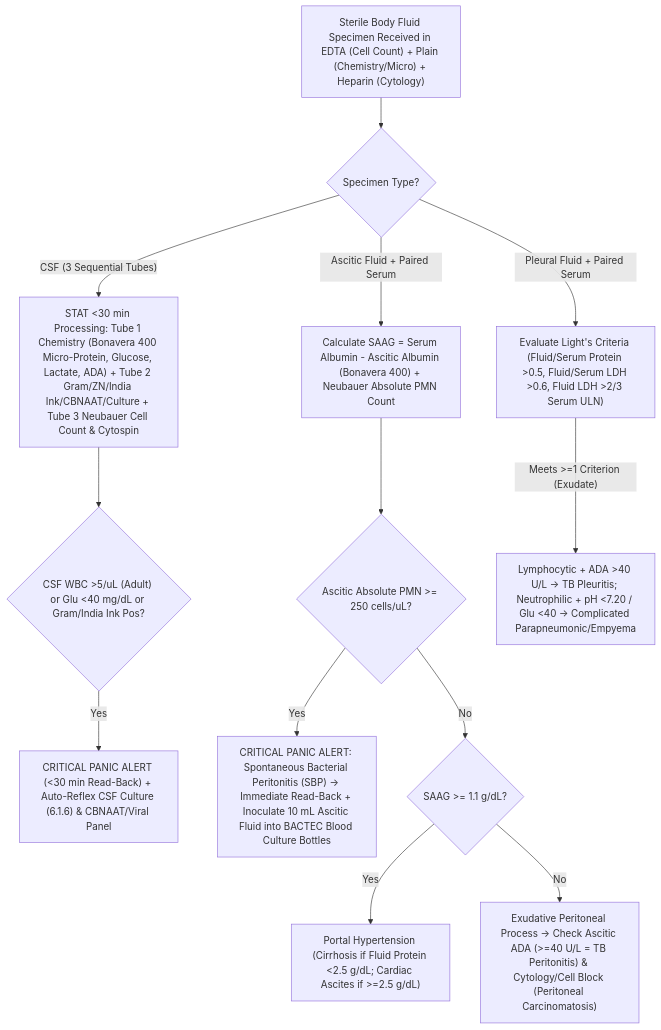
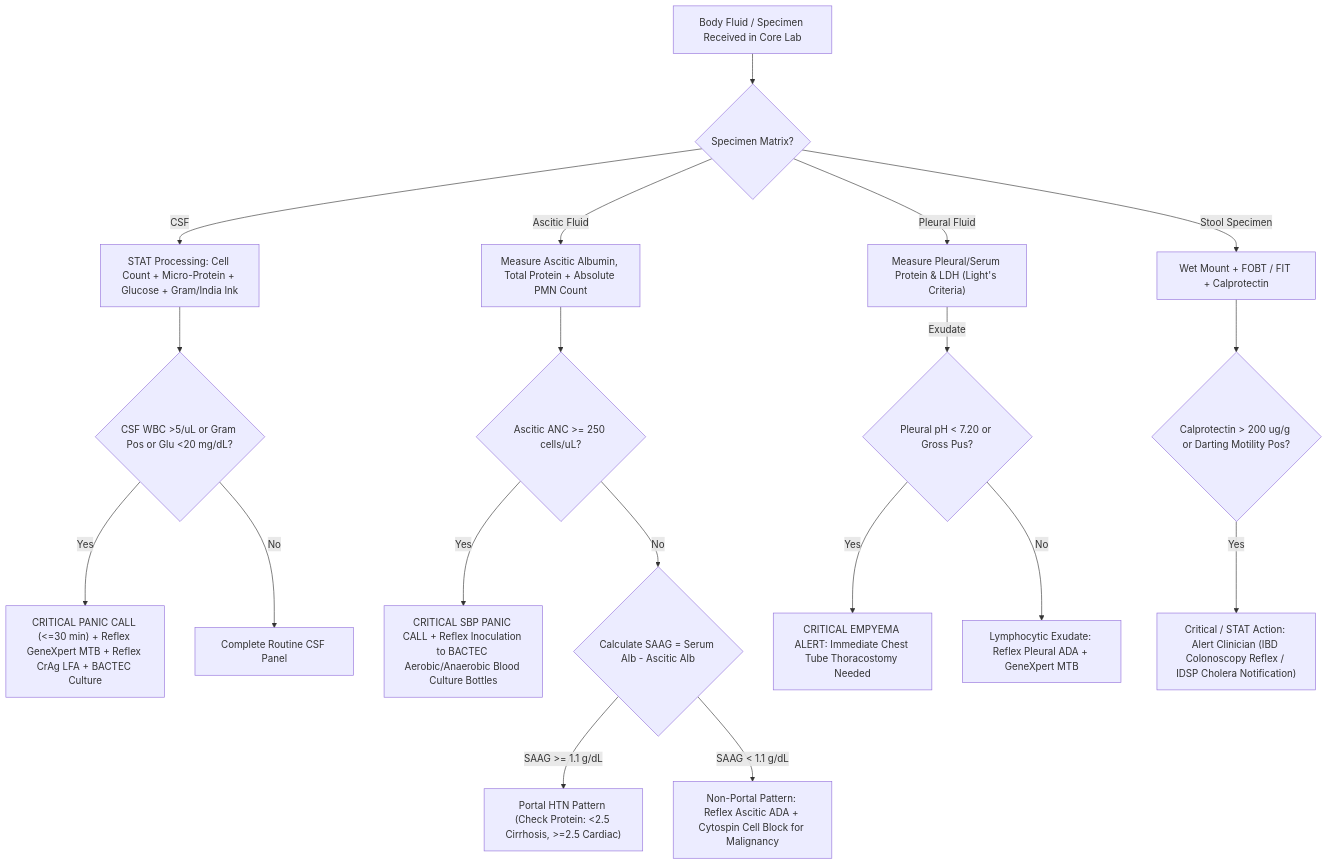
One commit to sawariyadiagnostic/references-and-interpretations changed the diagram in 05_Clinical_Pathology_and_Body_Fluids/5.2_Stool_Semen_and_Body_Fluid_Analysis_Cluster.md. Above: the diagram before and after it, drawn with Mermaid. The commit also changed other lines of this file and 4 other files, not shown here.

Commit message:
feat(clinical-pathology): red-team international & above-NABL upgrade of Batch 43 Bence Jones reflex, UPT hCG hook shield, Urinalysis Instruments Suite, Stool/Semen/Fluids Cluster, Stool Microscopy

````diff
--- a/05_Clinical_Pathology_and_Body_Fluids/5.2_Stool_Semen_and_Body_Fluid_Analysis_Cluster.md
+++ b/05_Clinical_Pathology_and_Body_Fluids/5.2_Stool_Semen_and_Body_Fluid_Analysis_Cluster.md
@@ -41,15 +290,21 @@
 ```mermaid
 flowchart TD
-    A["Sterile Body Fluid Specimen Received in EDTA (Cell Count) + Plain (Chemistry/Micro) + Heparin (Cytology)"] --> B{"Specimen Type?"}
-    B -- "CSF (3 Sequential Tubes)" --> C["STAT <30 min Processing: Tube 1 Chemistry (Bonavera 400 Micro-Protein, Glucose, Lactate, ADA) + Tube 2 Gram/ZN/India Ink/CBNAAT/Culture + Tube 3 Neubauer Cell Count & Cytospin"]
-    C --> D{"CSF WBC >5/uL (Adult) or Glu <40 mg/dL or Gram/India Ink Pos?"}
-    D -- Yes --> E["CRITICAL PANIC ALERT (<30 min Read-Back) + Auto-Reflex CSF Culture (6.1.6) & CBNAAT/Viral Panel"]
-    B -- "Ascitic Fluid + Paired Serum" --> F["Calculate SAAG = Serum Albumin - Ascitic Albumin (Bonavera 400) + Neubauer Absolute PMN Count"]
-    F --> G{"Ascitic Absolute PMN >= 250 cells/uL?"}
-    G -- Yes --> H["CRITICAL PANIC ALERT: Spontaneous Bacterial Peritonitis (SBP) -> Immediate Read-Back + Inoculate 10 mL Ascitic Fluid into BACTEC Blood Culture Bottles"]
-    G -- No --> I{"SAAG >= 1.1 g/dL?"}
-    I -- Yes --> J["Portal Hypertension (Cirrhosis if Fluid Protein <2.5 g/dL; Cardiac Ascites if >=2.5 g/dL)"]
-    I -- No --> K["Exudative Peritoneal Process -> Check Ascitic ADA (>=40 U/L = TB Peritonitis) & Cytology/Cell Block (Peritoneal Carcinomatosis)"]
-    B -- "Pleural Fluid + Paired Serum" --> L["Evaluate Light's Criteria (Fluid/Serum Protein >0.5, Fluid/Serum LDH >0.6, Fluid LDH >2/3 Serum ULN)"]
-    L -- "Meets >=1 Criterion (Exudate)" --> M["Lymphocytic + ADA >40 U/L -> TB Pleuritis; Neutrophilic + pH <7.20 / Glu <40 -> Complicated Parapneumonic/Empyema"]
+    A["Body Fluid / Specimen Received in Core Lab"] --> B{"Specimen Matrix?"}
+    B -- "CSF" --> C["STAT Processing: Cell Count + Micro-Protein + Glucose + Gram/India Ink"]
+    C --> D{"CSF WBC >5/uL or Gram Pos or Glu <20 mg/dL?"}
+    D -- Yes --> E["CRITICAL PANIC CALL (<=30 min) + Reflex GeneXpert MTB + Reflex CrAg LFA + BACTEC Culture"]
+    D -- No --> F["Complete Routine CSF Panel"]
+    B -- "Ascitic Fluid" --> G["Measure Ascitic Albumin, Total Protein + Absolute PMN Count"]
+    G --> H{"Ascitic ANC >= 250 cells/uL?"}
+    H -- Yes --> I["CRITICAL SBP PANIC CALL + Reflex Inoculation to BACTEC Aerobic/Anaerobic Blood Culture Bottles"]
+    H -- No --> J{"Calculate SAAG = Serum Alb - Ascitic Alb"}
+    J -- "SAAG >= 1.1 g/dL" --> K["Portal HTN Pattern (Check Protein: <2.5 Cirrhosis, >=2.5 Cardiac)"]
+    J -- "SAAG < 1.1 g/dL" --> L["Non-Portal Pattern: Reflex Ascitic ADA + Cytospin Cell Block for Malignancy"]
+    B -- "Pleural Fluid" --> M["Measure Pleural/Serum Protein & LDH (Light's Criteria)"]
+    M -- "Exudate" --> N{"Pleural pH < 7.20 or Gross Pus?"}
+    N -- Yes --> O["CRITICAL EMPYEMA ALERT: Immediate Chest Tube Thoracostomy Needed"]
+    N -- No --> P["Lymphocytic Exudate: Reflex Pleural ADA + GeneXpert MTB"]
+    B -- "Stool Specimen" --> Q["Wet Mount + FOBT / FIT + Calprotectin"]
+    Q --> R{"Calprotectin > 200 ug/g or Darting Motility Pos?"}
+    R -- Yes --> S["Critical / STAT Action: Alert Clinician (IBD Colonoscopy Reflex / IDSP Cholera Notification)"]
 ```
````
